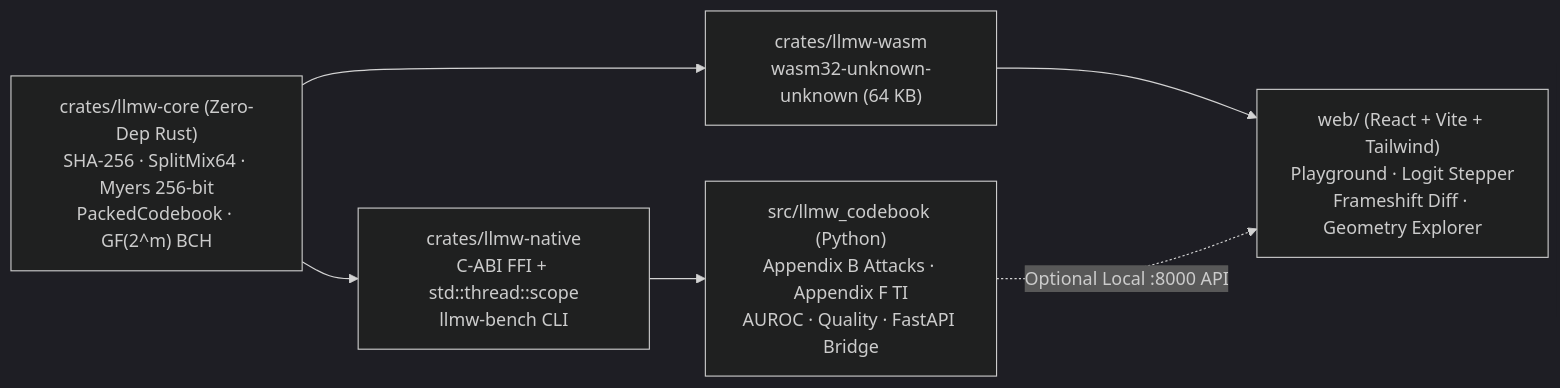
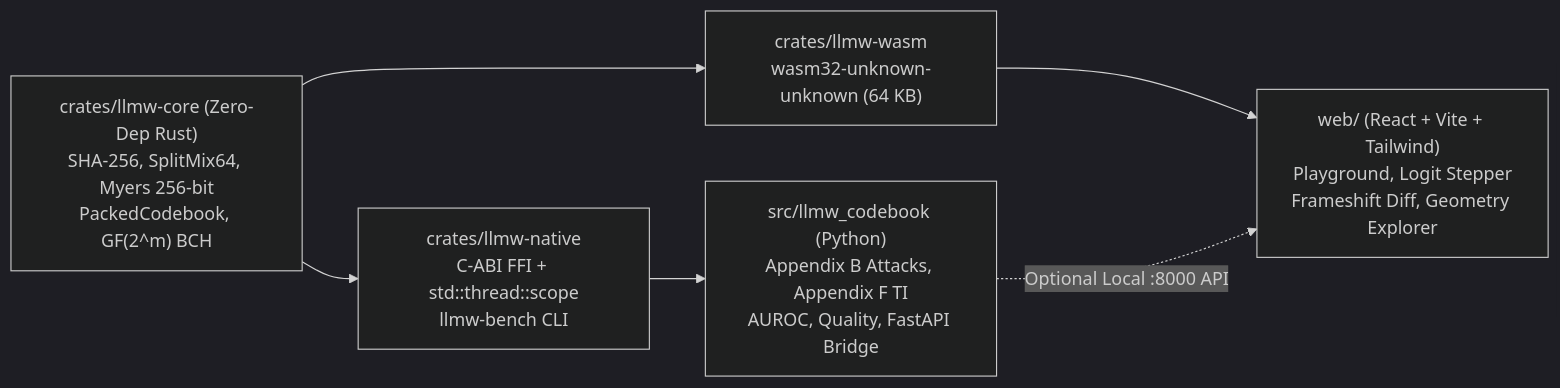
The diagram in README.md (ronaldgosso/look_it_up), drawn with Mermaid (dark theme) before and after one commit. The commit also changed other lines of this file and 7 other files, not shown here.

````diff
--- a/README.md
+++ b/README.md
@@ -20,12 +16,12 @@
 ```mermaid
 flowchart LR
-  Core["crates/llmw-core (Zero-Dep Rust)<br/>SHA-256 · SplitMix64 · Myers 256-bit<br/>PackedCodebook · GF(2^m) BCH"]
+  Core["crates/llmw-core (Zero-Dep Rust)<br/>SHA-256, SplitMix64, Myers 256-bit<br/>PackedCodebook, GF(2^m) BCH"]
   Native["crates/llmw-native<br/>C-ABI FFI + std::thread::scope<br/>llmw-bench CLI"]
   Wasm["crates/llmw-wasm<br/>wasm32-unknown-unknown (64 KB)"]
-  Py["src/llmw_codebook (Python)<br/>Appendix B Attacks · Appendix F TI<br/>AUROC · Quality · FastAPI Bridge"]
-  Web["web/ (React + Vite + Tailwind)<br/>Playground · Logit Stepper<br/>Frameshift Diff · Geometry Explorer"]
+  Py["src/llmw_codebook (Python)<br/>Appendix B Attacks, Appendix F TI<br/>AUROC, Quality, FastAPI Bridge"]
+  Web["web/ (React + Vite + Tailwind)<br/>Playground, Logit Stepper<br/>Frameshift Diff, Geometry Explorer"]
 
   Core --> Native --> Py
   Core --> Wasm --> Web
   Py -. "Optional Local :8000 API" .-> Web
 ```
````
